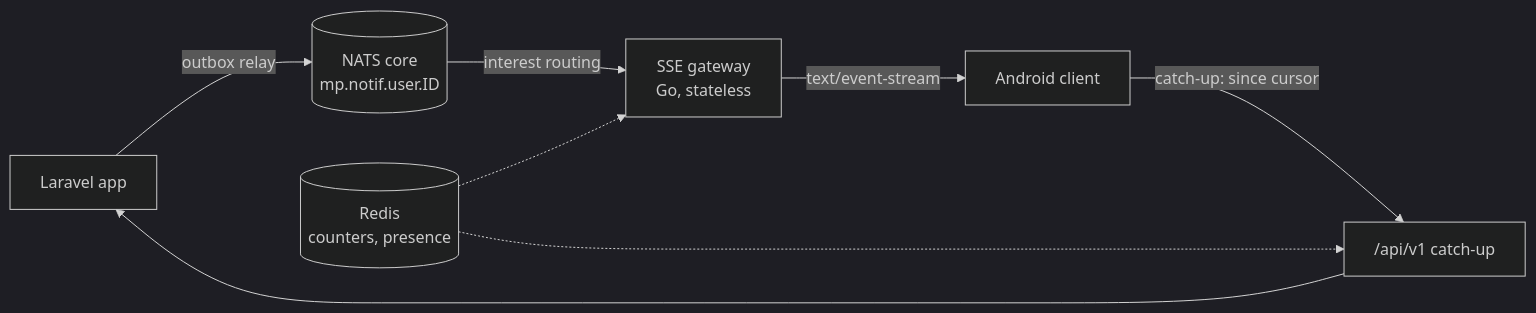
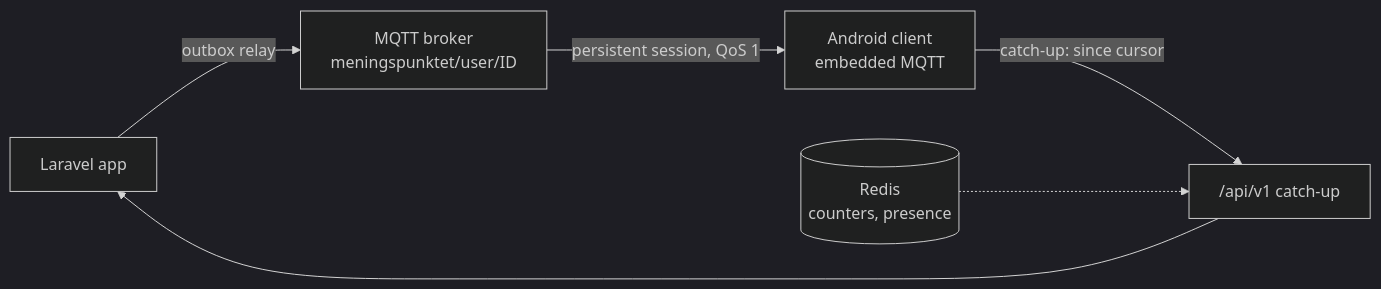
One commit to lasseborly/unofficial-meningspunktet-android changed the diagram in docs/upstream-notification-api.md. Above: the diagram before and after it, drawn with Mermaid (dark theme). The commit also changed other lines of this file, not shown here.

First line of the commit message:
docs: make MQTT the recommended push path

````diff
--- a/docs/upstream-notification-api.md
+++ b/docs/upstream-notification-api.md
@@ -22,10 +24,8 @@
 ```mermaid
 flowchart LR
-  A[Laravel app] -->|outbox relay| N[(NATS core<br/>mp.notif.user.ID)]
-  N -->|interest routing| G[SSE gateway<br/>Go, stateless]
-  G -->|text/event-stream| C[Android client]
+  A[Laravel app] -->|outbox relay| B[MQTT broker<br/>meningspunktet/user/ID]
+  B -->|persistent session, QoS 1| C[Android client<br/>embedded MQTT]
   C -->|catch-up: since cursor| P["/api/v1 catch-up"]
   P --> A
-  R[(Redis<br/>counters, presence)] -.-> G
-  R -.-> P
+  R[(Redis<br/>counters, presence)] -.-> P
 ```
````
